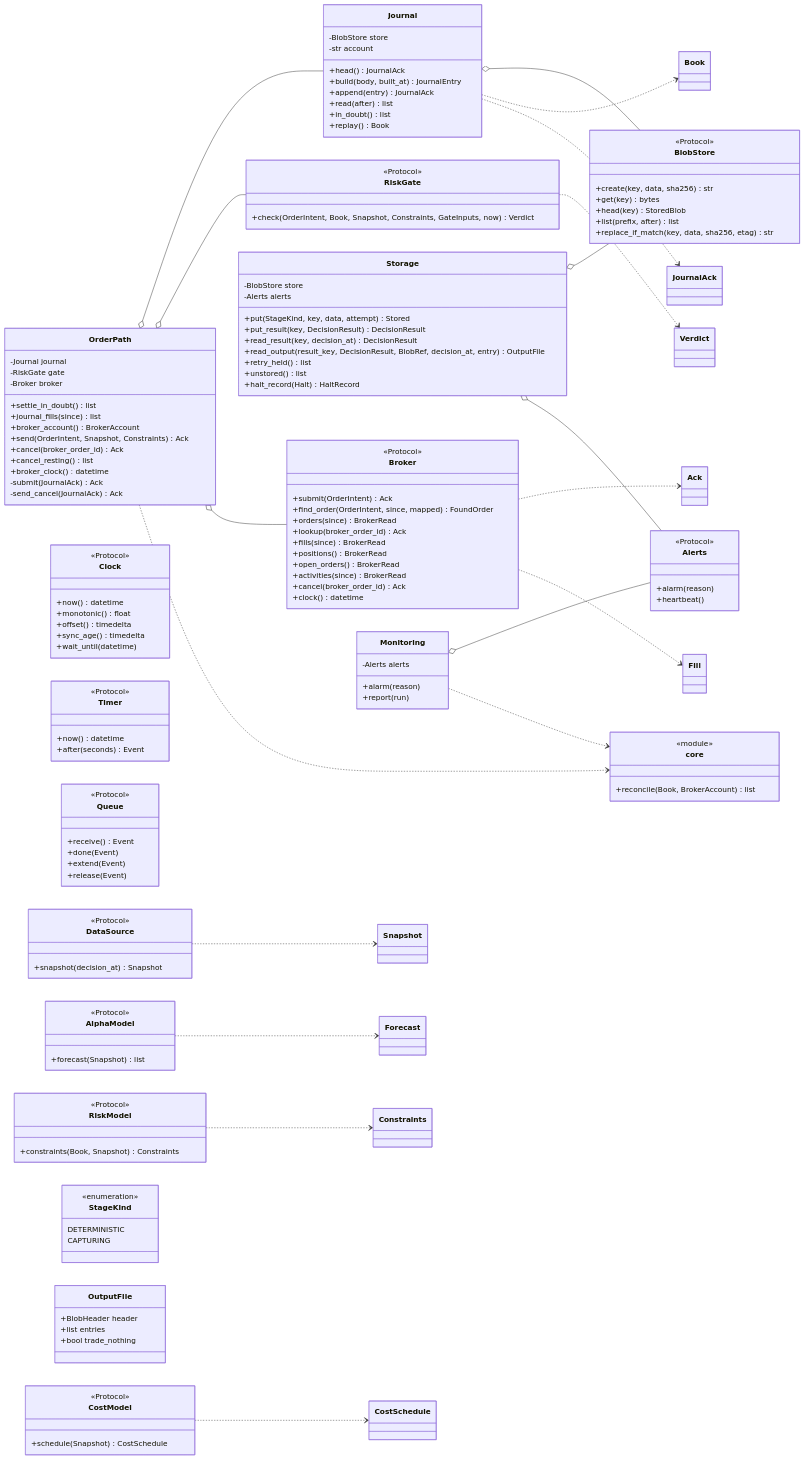
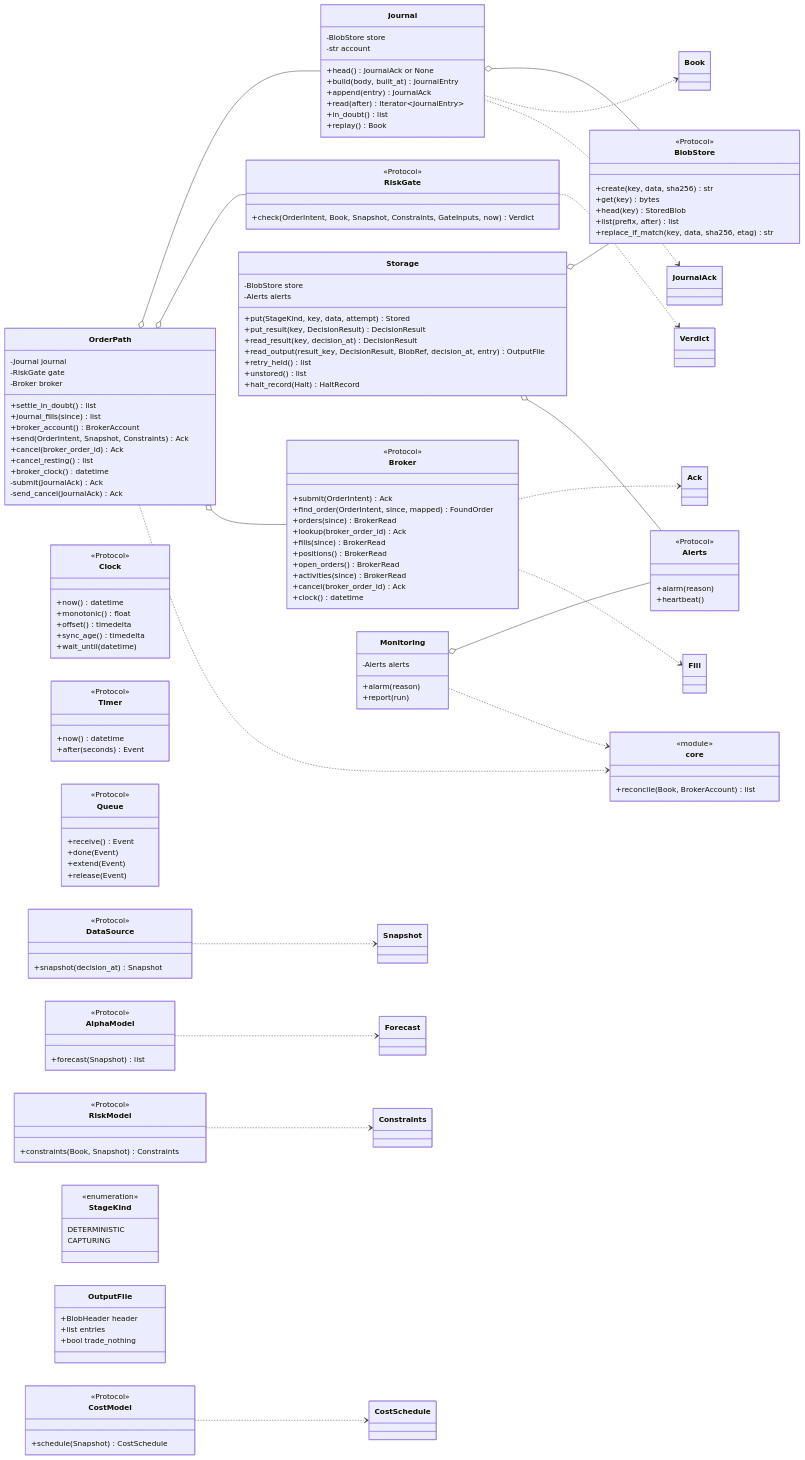
The fifth of 7 diagrams in docs/architecture/05-building-blocks.md (l3a0/ithildin-runtime), drawn with Mermaid before and after one commit. The commit also changed other lines of this file and 7 other files, not shown here.

```diff
--- a/docs/architecture/05-building-blocks.md
+++ b/docs/architecture/05-building-blocks.md
@@ -631,10 +631,10 @@
     class Journal {
         -BlobStore store
         -str account
-        +head() JournalAck
+        +head() JournalAck or None
         +build(body, built_at) JournalEntry
         +append(entry) JournalAck
-        +read(after) list
+        +read(after) Iterator~JournalEntry~
         +in_doubt() list
         +replay() Book
     }
```
